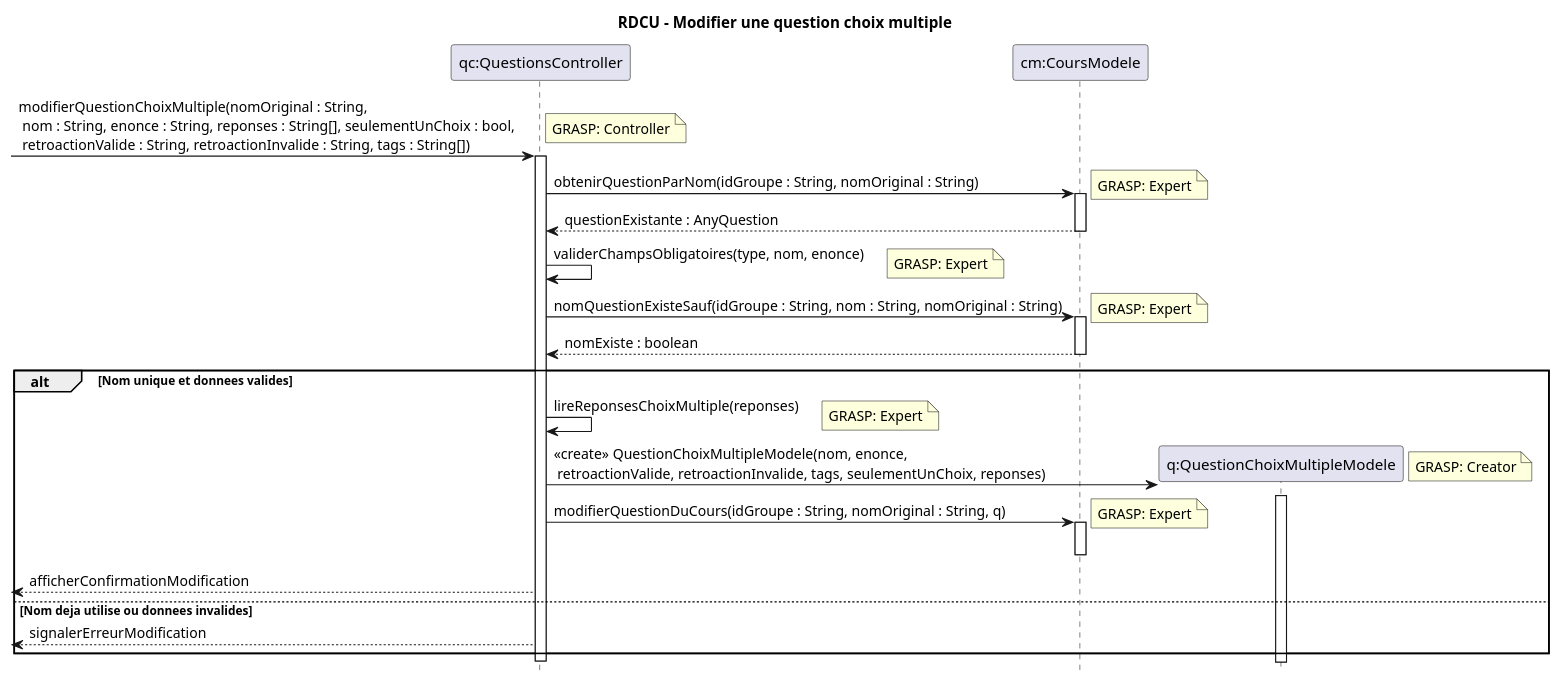
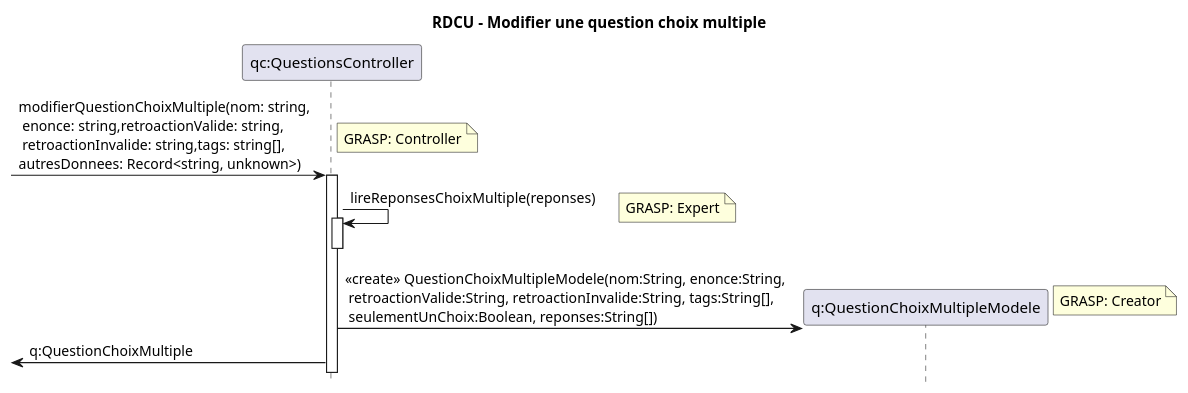
One commit to xMrYahya/moodle-clone changed the diagram in docs/modeles/cu02/rdcu-modifier-question-choix-multiple.puml. Above: the diagram before and after it, drawn with PlantUML. The commit also changed 11 other files, not shown here.

Commit message:
Modifications du rapport et de diagrammes

```diff
--- a/docs/modeles/cu02/rdcu-modifier-question-choix-multiple.puml
+++ b/docs/modeles/cu02/rdcu-modifier-question-choix-multiple.puml
@@ -1,49 +1,21 @@
 @startuml
 hide footbox
 title RDCU - Modifier une question choix multiple
 
 participant "qc:QuestionsController" as QC
-participant "cm:CoursModele" as CM
 participant "q:QuestionChoixMultipleModele" as Q
 
--> QC : modifierQuestionChoixMultiple(nomOriginal : String,\n nom : String, enonce : String, reponses : String[], seulementUnChoix : bool,\n retroactionValide : String, retroactionInvalide : String, tags : String[])
+-> QC ++: modifierQuestionChoixMultiple(nom: string, \n enonce: string,retroactionValide: string,\n retroactionInvalide: string,tags: string[],\nautresDonnees: Record<string, unknown>)
 note right: GRASP: Controller
-activate QC
 
-QC -> CM : obtenirQuestionParNom(idGroupe : String, nomOriginal : String)
-note right: GRASP: Expert
-activate CM
-CM --> QC : questionExistante : AnyQuestion
-deactivate CM
-
-QC -> QC : validerChampsObligatoires(type, nom, enonce)
-note right: GRASP: Expert
-
-QC -> CM : nomQuestionExisteSauf(idGroupe : String, nom : String, nomOriginal : String)
-note right: GRASP: Expert
-activate CM
-CM --> QC : nomExiste : boolean
-deactivate CM
-
-alt Nom unique et donnees valides
-  QC -> QC : lireReponsesChoixMultiple(reponses)
+  QC -> QC ++: lireReponsesChoixMultiple(reponses)
   note right: GRASP: Expert
+  deactivate QC
 
   create Q
-  QC -> Q : <<create>> QuestionChoixMultipleModele(nom, enonce,\n retroactionValide, retroactionInvalide, tags, seulementUnChoix, reponses)
+
+  QC -> Q : <<create>> QuestionChoixMultipleModele(nom:String, enonce:String,\n retroactionValide:String, retroactionInvalide:String, tags:String[],\n seulementUnChoix:Boolean, reponses:String[])
   note right: GRASP: Creator
-  activate Q
-  deactivate Q
 
-  QC -> CM : modifierQuestionDuCours(idGroupe : String, nomOriginal : String, q)
-  note right: GRASP: Expert
-  activate CM
-  deactivate CM
-
-  <-- QC : afficherConfirmationModification
-else Nom deja utilise ou donnees invalides
-  <-- QC : signalerErreurModification
-end
-
-deactivate QC
+<- QC : q:QuestionChoixMultiple 
 @enduml
```
